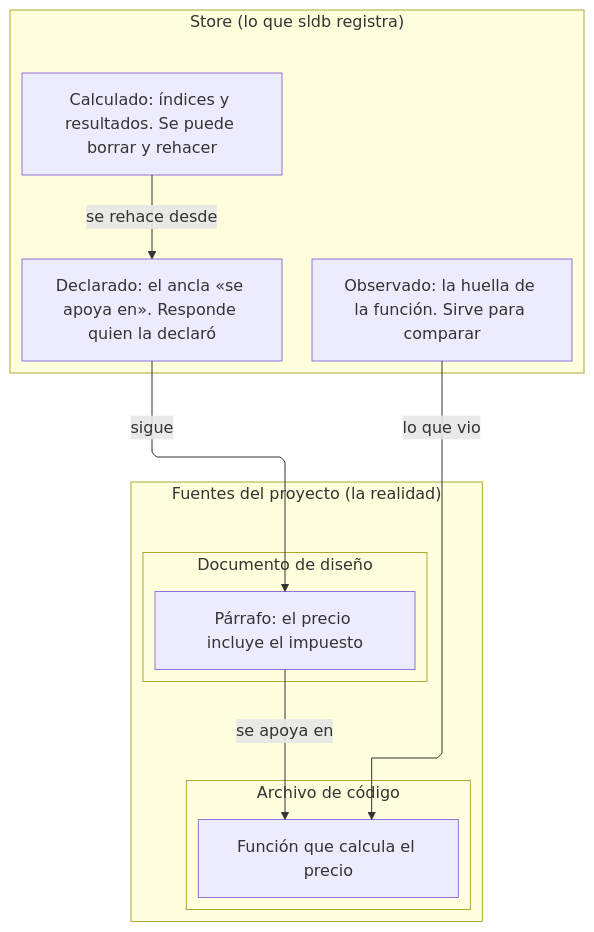
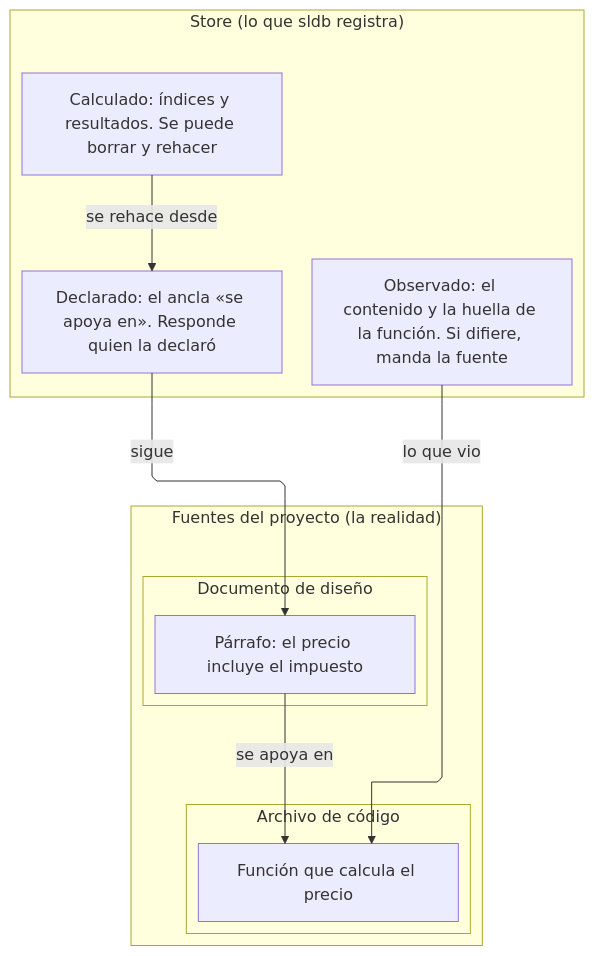
Before and after one commit to jpcosec/sldb: the diagram in docs/spec/principios/diagramas/component.ejemplo.mmd, drawn with Mermaid. The commit also changed 4 other files, not shown here.

```diff
--- a/docs/spec/principios/diagramas/component.ejemplo.mmd
+++ b/docs/spec/principios/diagramas/component.ejemplo.mmd
@@ -1,25 +1,25 @@
 ---
 config:
   layout: elk
   flowchart:
     curve: linear
 ---
 %% specir: generated from docs/spec/principios/diagramas/component.ejemplo.yml; do not edit, run `sldb notations validate docs/spec/principios/diagramas/component.ejemplo.yml` and re-render
 flowchart TD
     subgraph Proyecto ["Fuentes del proyecto (la realidad)"]
         subgraph Documento ["Documento de diseño"]
             Parrafo["Párrafo: el precio incluye el impuesto"]
         end
         subgraph Codigo ["Archivo de código"]
             Funcion["Función que calcula el precio"]
         end
     end
     subgraph Store ["Store (lo que sldb registra)"]
         Declarado["Declarado: el ancla «se apoya en». Responde quien la declaró"]
-        Observado["Observado: la huella de la función. Sirve para comparar"]
+        Observado["Observado: el contenido y la huella de la función. Si difiere, manda la fuente"]
         Calculado["Calculado: índices y resultados. Se puede borrar y rehacer"]
     end
     Parrafo -->|"se apoya en"| Funcion
     Declarado -->|"sigue"| Parrafo
     Observado -->|"lo que vio"| Funcion
     Calculado -->|"se rehace desde"| Declarado
```
